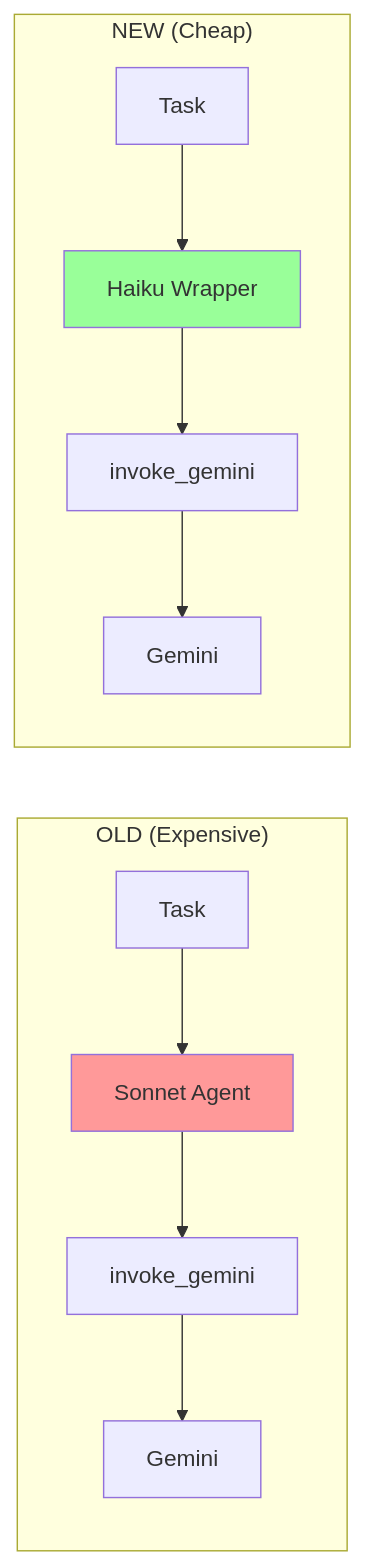
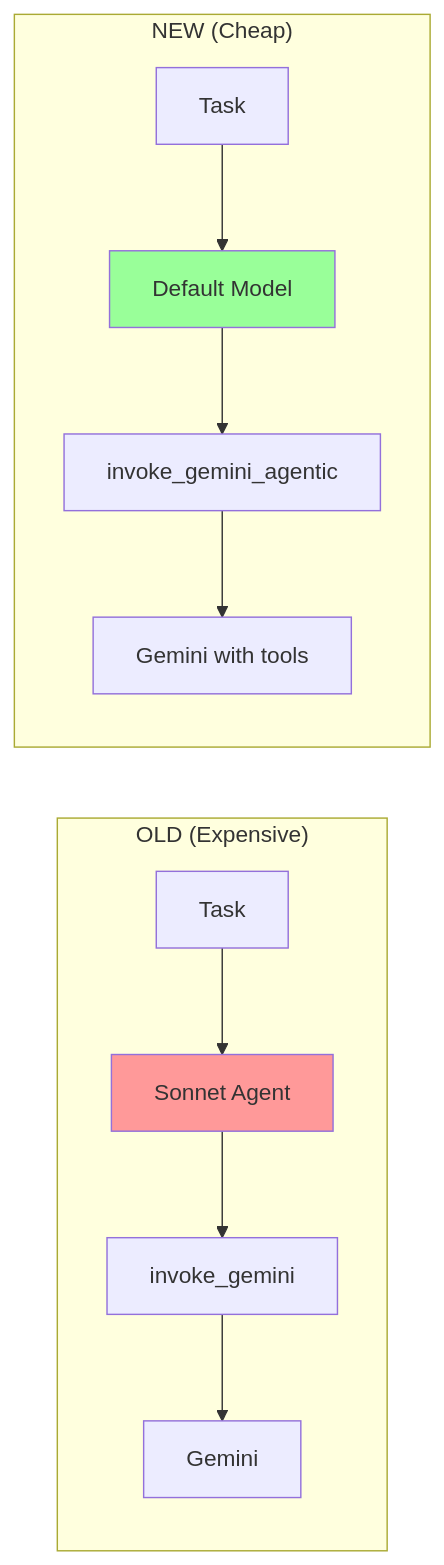
One commit to GratefulDave/stravinsky changed the sixth of 8 diagrams in docs/architecture/AGENT_ORCHESTRATION.md. Above: the diagram before and after it, drawn with Mermaid. The commit also changed other lines of this file and 30 other files, not shown here.

First line of the commit message:
docs: comprehensive architecture documentation update for 7-Phase Orchestrator

````diff
--- a/docs/architecture/AGENT_ORCHESTRATION.md
+++ b/docs/architecture/AGENT_ORCHESTRATION.md
@@ -161,17 +313,17 @@
 ```mermaid
 flowchart LR
     subgraph "OLD (Expensive)"
         O1[Task] --> S1[Sonnet Agent]
         S1 --> G1[invoke_gemini]
         G1 --> GM1[Gemini]
     end
 
     subgraph "NEW (Cheap)"
-        O2[Task] --> H2[Haiku Wrapper]
-        H2 --> G2[invoke_gemini]
-        G2 --> GM2[Gemini]
+        O2[Task] --> D2[Default Model]
+        D2 --> G2[invoke_gemini_agentic]
+        G2 --> GM2[Gemini with tools]
     end
 
     style S1 fill:#ff9999
-    style H2 fill:#99ff99
+    style D2 fill:#99ff99
 ```
````
